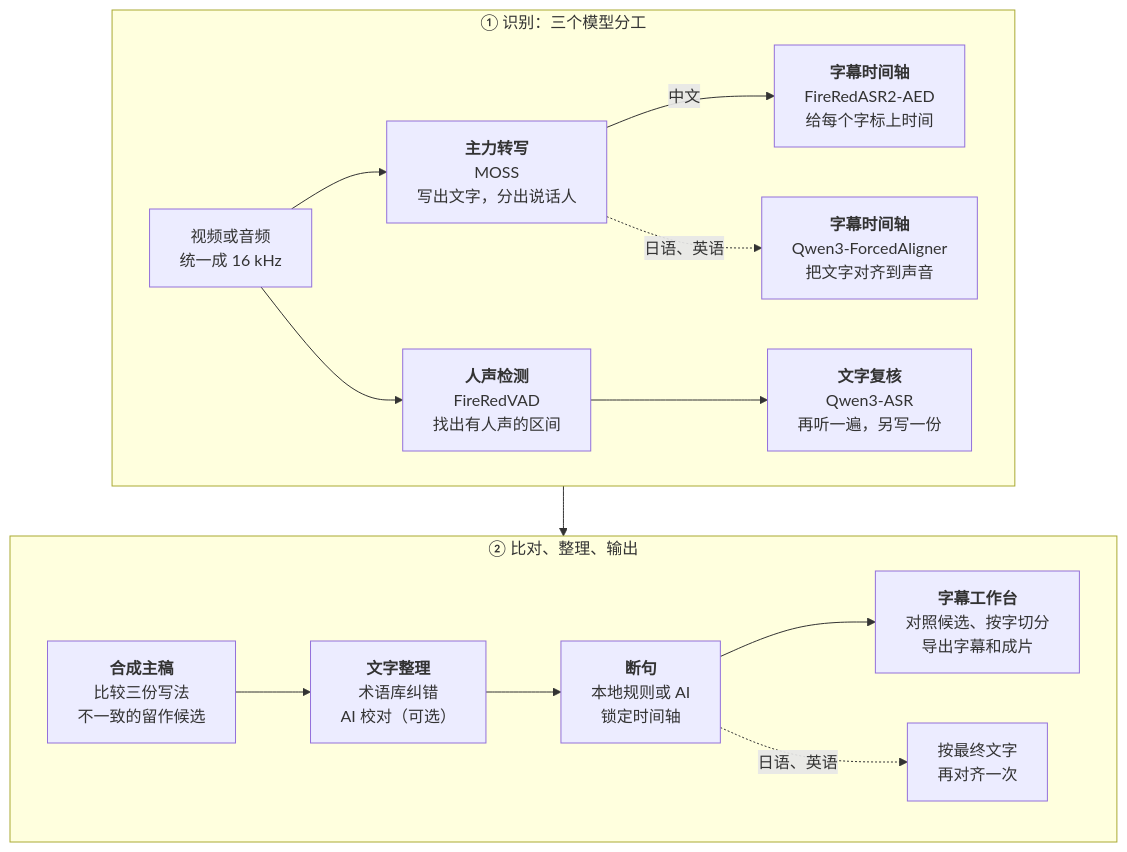
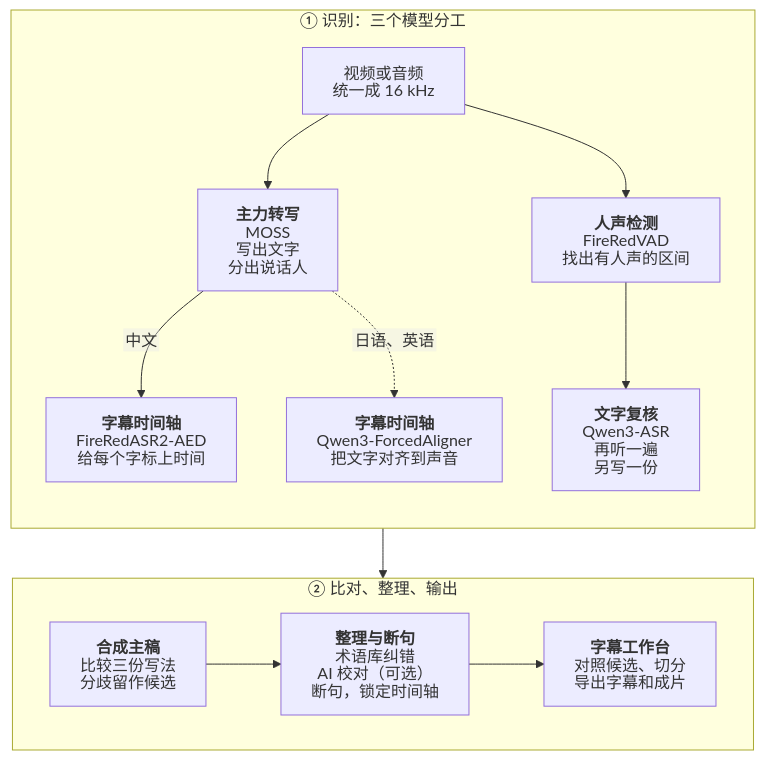
Before and after one commit to NOTBAD314/2ByteASR: the diagram in README.md, drawn with Mermaid. The commit also changed 3 other files, not shown here.

First line of the commit message:
docs: README flow chart uses SVG text labels so GitHub does not clip them [skip ci]

````diff
--- a/README.md
+++ b/README.md
@@ -162,19 +162,38 @@
 ```mermaid
+%%{init: {"htmlLabels": false, "flowchart": {"htmlLabels": false}}}%%
 flowchart TB
     subgraph REC["① 识别：三个模型分工"]
-        direction LR
-        A["视频或音频<br>统一成 16 kHz"] --> M["<b>主力转写</b><br>MOSS<br>写出文字，分出说话人"]
-        A --> V["<b>人声检测</b><br>FireRedVAD<br>找出有人声的区间"]
-        M -->|中文| F["<b>字幕时间轴</b><br>FireRedASR2-AED<br>给每个字标上时间"]
-        M -.->|日语、英语| Q["<b>字幕时间轴</b><br>Qwen3-ForcedAligner<br>把文字对齐到声音"]
-        V --> R["<b>文字复核</b><br>Qwen3-ASR<br>再听一遍，另写一份"]
+        direction TB
+        A["`视频或音频
+统一成 16 kHz`"] --> M["`**主力转写**
+MOSS
+写出文字
+分出说话人`"]
+        A --> V["`**人声检测**
+FireRedVAD
+找出有人声的区间`"]
+        M -->|中文| F["`**字幕时间轴**
+FireRedASR2-AED
+给每个字标上时间`"]
+        M -.->|日语、英语| Q["`**字幕时间轴**
+Qwen3-ForcedAligner
+把文字对齐到声音`"]
+        V --> R["`**文字复核**
+Qwen3-ASR
+再听一遍
+另写一份`"]
     end
     subgraph POST["② 比对、整理、输出"]
         direction LR
-        D["<b>合成主稿</b><br>比较三份写法<br>不一致的留作候选"] --> T["<b>文字整理</b><br>术语库纠错<br>AI 校对（可选）"]
-        T --> S["<b>断句</b><br>本地规则或 AI<br>锁定时间轴"]
-        S --> P["<b>字幕工作台</b><br>对照候选、按字切分<br>导出字幕和成片"]
-        S -.->|日语、英语| J["按最终文字<br>再对齐一次"]
+        D["`**合成主稿**
+比较三份写法
+分歧留作候选`"] --> T["`**整理与断句**
+术语库纠错
+AI 校对（可选）
+断句，锁定时间轴`"]
+        T --> P["`**字幕工作台**
+对照候选、切分
+导出字幕和成片`"]
     end
     REC --> POST
 ```
````
